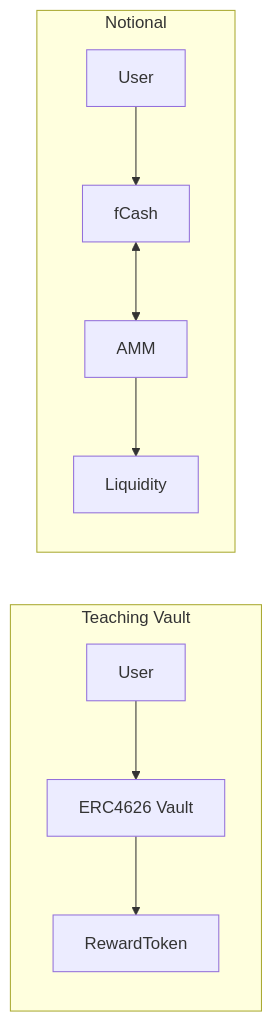
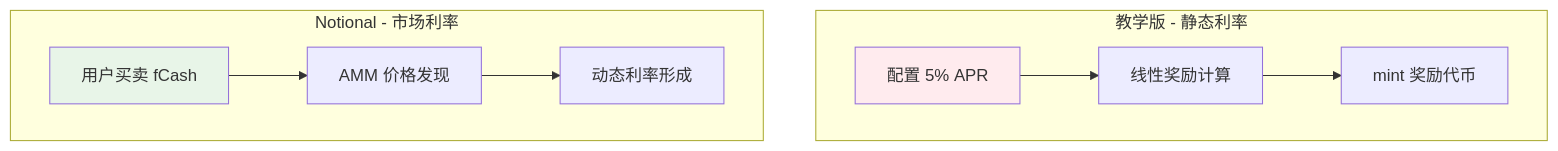
One commit to RohithVetri/defi-fixed-yield-course changed the first of 2 diagrams in docs/lessons/06-notional-deep-dive.md. Above: the diagram before and after it, drawn with Mermaid. The commit also changed other lines of this file and 10 other files, not shown here.

````diff
--- a/docs/lessons/06-notional-deep-dive.md
+++ b/docs/lessons/06-notional-deep-dive.md
@@ -12,12 +21,15 @@
 ```mermaid
-flowchart LR
-  subgraph Teaching Vault
-    U1[User] --> V1[ERC4626 Vault]
-    V1 --> R1[RewardToken]
-  end
-  subgraph Notional
-    U2[User] --> F[fCash]
-    F <--> AMM
-    AMM --> L[Liquidity]
-  end
+graph TD
+    subgraph "教学版 - 静态利率"
+        A1[配置 5% APR] --> B1[线性奖励计算]
+        B1 --> C1[mint 奖励代币]
+    end
+    
+    subgraph "Notional - 市场利率"
+        A2[用户买卖 fCash] --> B2[AMM 价格发现]
+        B2 --> C2[动态利率形成]
+    end
+    
+    style A1 fill:#ffebee
+    style A2 fill:#e8f5e8
 ```
````
